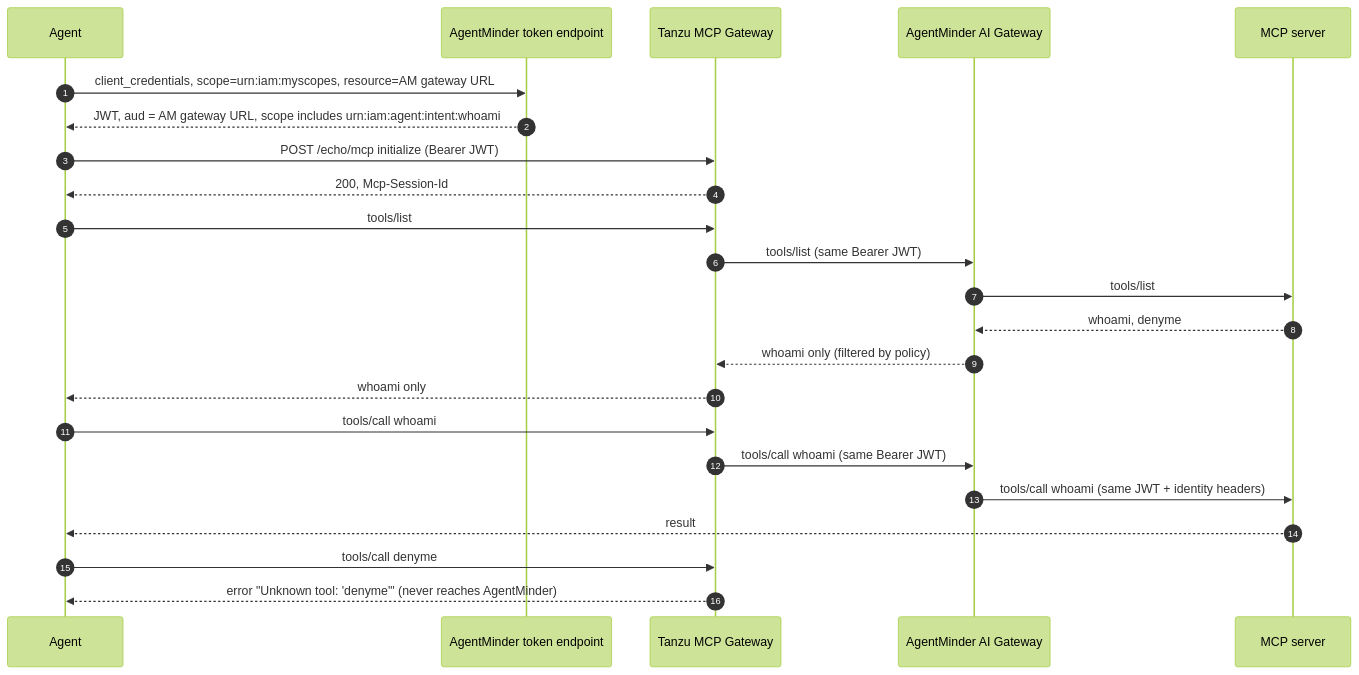
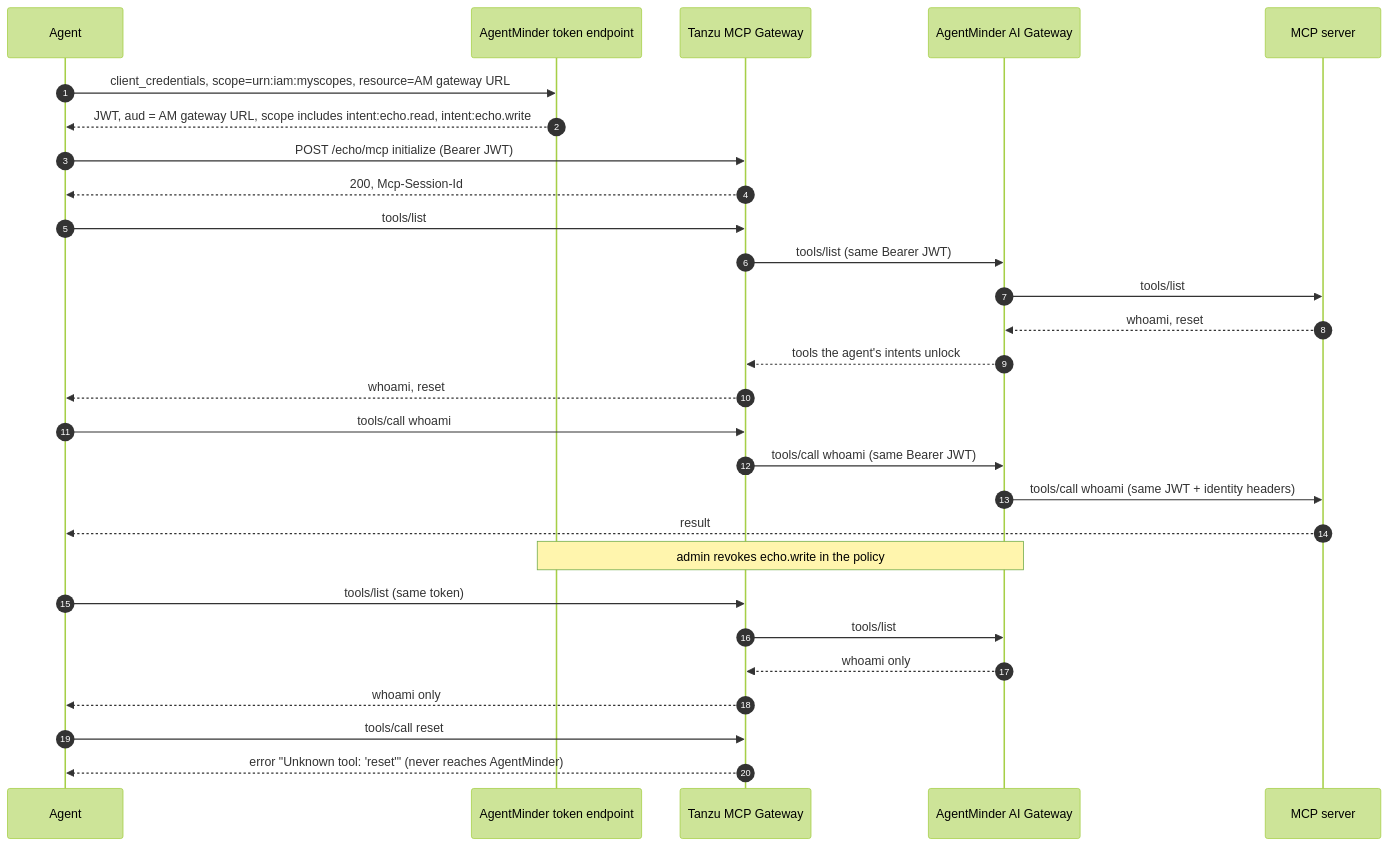
One commit to warroyo/tanzu-mcp-gateway-agentminder changed the diagram in docs/architecture.md. Above: the diagram before and after it, drawn with Mermaid (forest theme). The commit also changed other lines of this file and 13 other files, not shown here.

Commit message:
Read and write intents, both granted; demo revokes write live

````diff
--- a/docs/architecture.md
+++ b/docs/architecture.md
@@ -15,26 +15,31 @@
 ```mermaid
 sequenceDiagram
   autonumber
   participant A as Agent
   participant IdP as AgentMinder token endpoint
   participant T as Tanzu MCP Gateway
   participant AM as AgentMinder AI Gateway
   participant S as MCP server
 
   A->>IdP: client_credentials, scope=urn:iam:myscopes, resource=AM gateway URL
-  IdP-->>A: JWT, aud = AM gateway URL, scope includes urn:iam:agent:intent:whoami
+  IdP-->>A: JWT, aud = AM gateway URL, scope includes intent:echo.read, intent:echo.write
   A->>T: POST /echo/mcp initialize (Bearer JWT)
   T-->>A: 200, Mcp-Session-Id
   A->>T: tools/list
   T->>AM: tools/list (same Bearer JWT)
   AM->>S: tools/list
-  S-->>AM: whoami, denyme
-  AM-->>T: whoami only (filtered by policy)
-  T-->>A: whoami only
+  S-->>AM: whoami, reset
+  AM-->>T: tools the agent's intents unlock
+  T-->>A: whoami, reset
   A->>T: tools/call whoami
   T->>AM: tools/call whoami (same Bearer JWT)
   AM->>S: tools/call whoami (same JWT + identity headers)
   S-->>A: result
-  A->>T: tools/call denyme
-  T-->>A: error "Unknown tool: 'denyme'" (never reaches AgentMinder)
+  Note over IdP,AM: admin revokes echo.write in the policy
+  A->>T: tools/list (same token)
+  T->>AM: tools/list
+  AM-->>T: whoami only
+  T-->>A: whoami only
+  A->>T: tools/call reset
+  T-->>A: error "Unknown tool: 'reset'" (never reaches AgentMinder)
 ```
````
